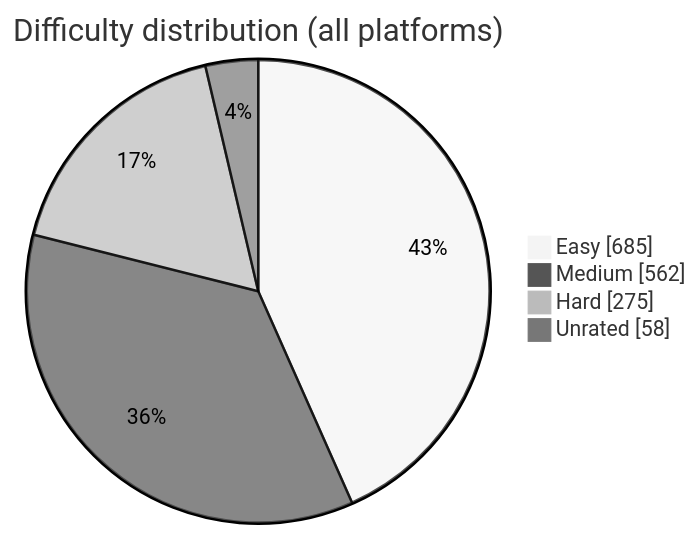
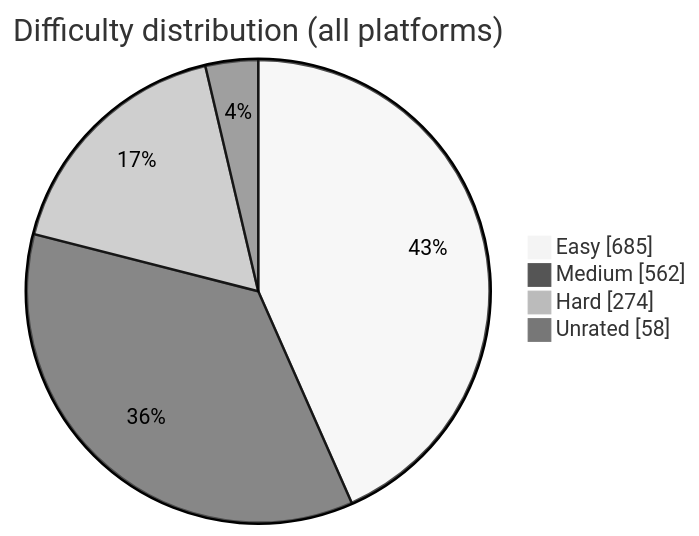
Before and after one commit to BuildbyArindam/Daily-Coding-Log: the diagram in README.md, drawn with Mermaid (neutral theme). The commit also changed other lines of this file, not shown here.

````diff
--- a/README.md
+++ b/README.md
@@ -93,7 +93,7 @@
 ```mermaid
 pie showData title Difficulty distribution (all platforms)
     "Easy" : 685
     "Medium" : 562
-    "Hard" : 275
+    "Hard" : 274
     "Unrated" : 58
 ```
````
